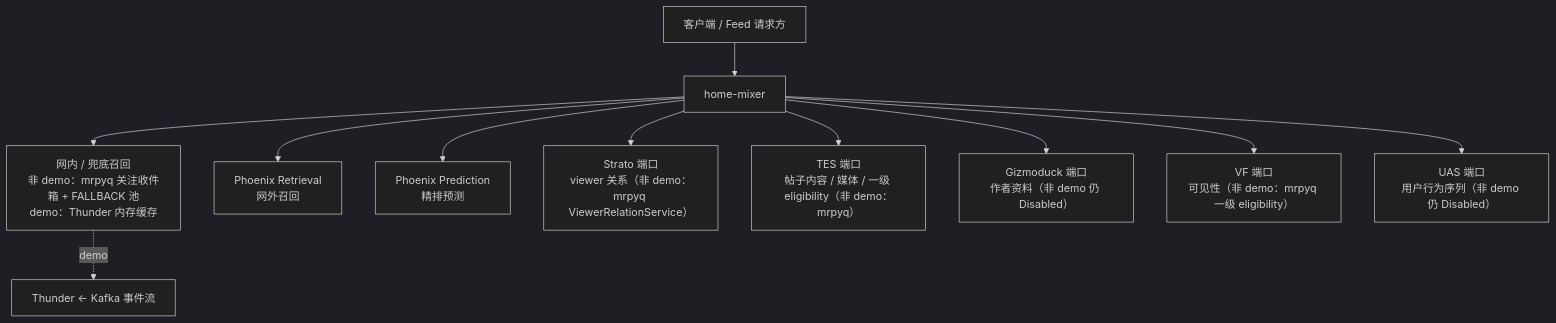
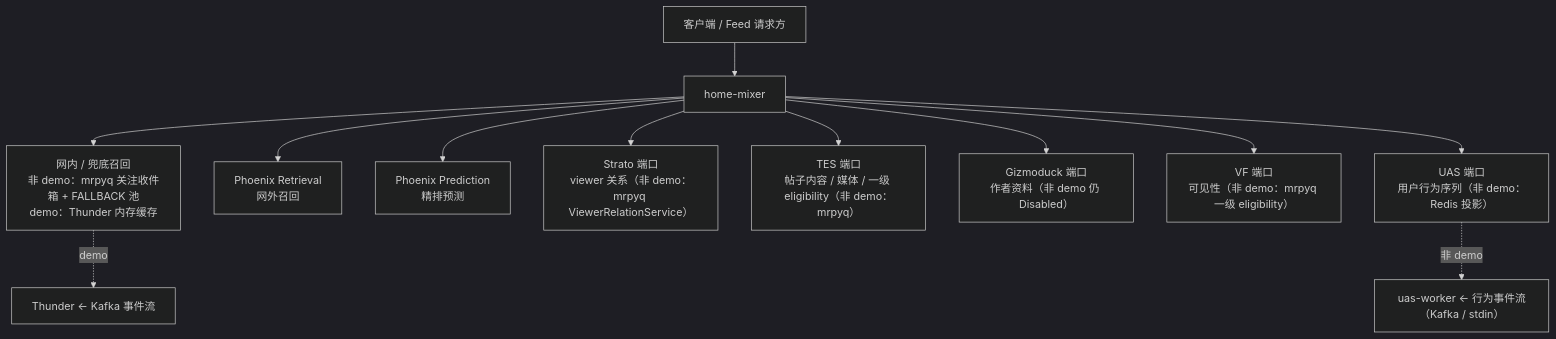
Before and after one commit to freefcw/x-algorithm: the first of 2 diagrams in docs/home-mixer/01-system-overview.md, drawn with Mermaid (dark theme). The commit also changed 12 other files, not shown here.

First line of the commit message:
docs: 同步 Redis UAS 投影与 uas-worker 合同

````diff
--- a/docs/home-mixer/01-system-overview.md
+++ b/docs/home-mixer/01-system-overview.md
@@ -7,15 +7,16 @@
 ```mermaid
 flowchart TB
     Client["客户端 / Feed 请求方"] --> HM["home-mixer"]
 
     HM --> InNet["网内 / 兜底召回<br/>非 demo：mrpyq 关注收件箱 + FALLBACK 池<br/>demo：Thunder 内存缓存"]
     HM --> PhoenixRetrieve["Phoenix Retrieval<br/>网外召回"]
     HM --> PhoenixPredict["Phoenix Prediction<br/>精排预测"]
     HM --> Strato["Strato 端口<br/>viewer 关系（非 demo：mrpyq ViewerRelationService）"]
     HM --> TES["TES 端口<br/>帖子内容 / 媒体 / 一级 eligibility（非 demo：mrpyq）"]
     HM --> Gizmoduck["Gizmoduck 端口<br/>作者资料（非 demo 仍 Disabled）"]
     HM --> VF["VF 端口<br/>可见性（非 demo：mrpyq 一级 eligibility）"]
-    HM --> UAS["UAS 端口<br/>用户行为序列（非 demo 仍 Disabled）"]
+    HM --> UAS["UAS 端口<br/>用户行为序列（非 demo：Redis 投影）"]
 
     InNet -. demo .-> Kafka["Thunder ← Kafka 事件流"]
+    UAS -. 非 demo .-> UasWorker["uas-worker ← 行为事件流（Kafka / stdin）"]
 ```
````
